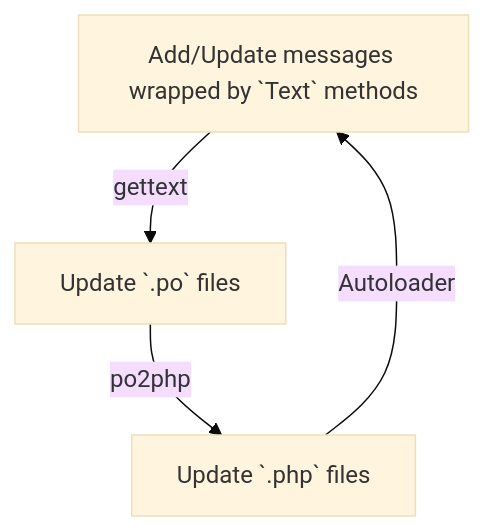
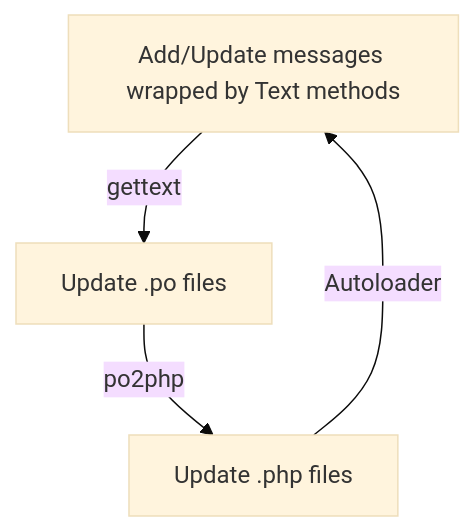
The diagram in README.md (vertilia/text), drawn with Mermaid (base theme) before and after one commit.

Commit message:
docs: minor update to README.md

````diff
--- a/README.md
+++ b/README.md
@@ -137,6 +137,6 @@
 ```mermaid
 graph
-    A[Add/Update messages wrapped by `Text` methods] -->| gettext | B
-    B[Update `.po` files] -->| po2php | C
-    C[Update `.php` files] -->| Autoloader | A
+    A[Add/Update messages wrapped by Text methods] -->|gettext| B
+    B[Update .po files] -->|po2php| C
+    C[Update .php files] -->|Autoloader| A
 ```
````
